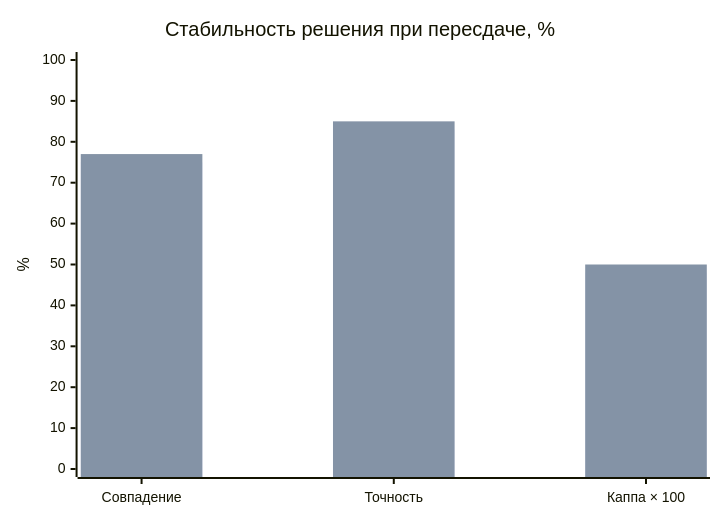
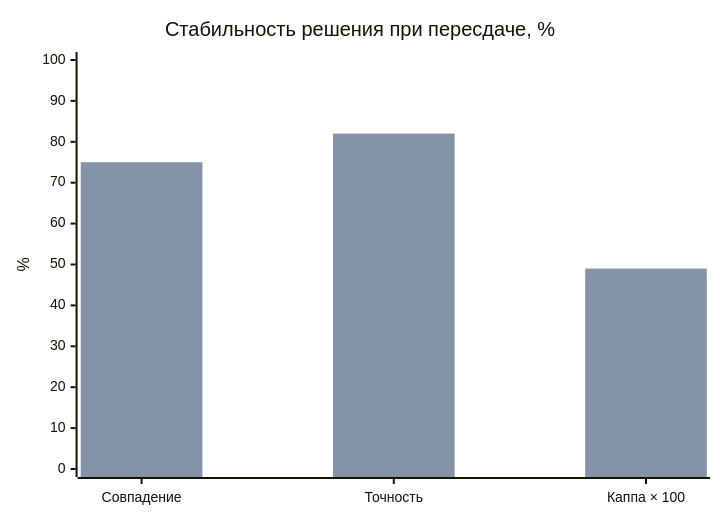
One commit to ShadowFiend1337/hh_platform changed the second of 3 diagrams in docs/assessment_validation_results.md. Above: the diagram before and after it, drawn with Mermaid. The commit also changed other lines of this file and 14 other files, not shown here.

````diff
--- a/docs/assessment_validation_results.md
+++ b/docs/assessment_validation_results.md
@@ -44,8 +46,8 @@
 ```mermaid
 xychart-beta
   title "Стабильность решения при пересдаче, %"
   x-axis ["Совпадение", "Точность", "Каппа × 100"]
   y-axis "%" 0 --> 100
-  bar [75, 83, 48]
-  bar [77, 85, 50]
+  bar [75, 82, 47]
+  bar [75, 82, 49]
 ```
````
